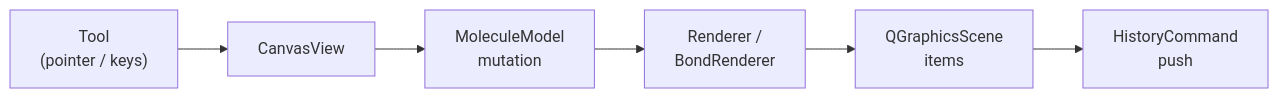
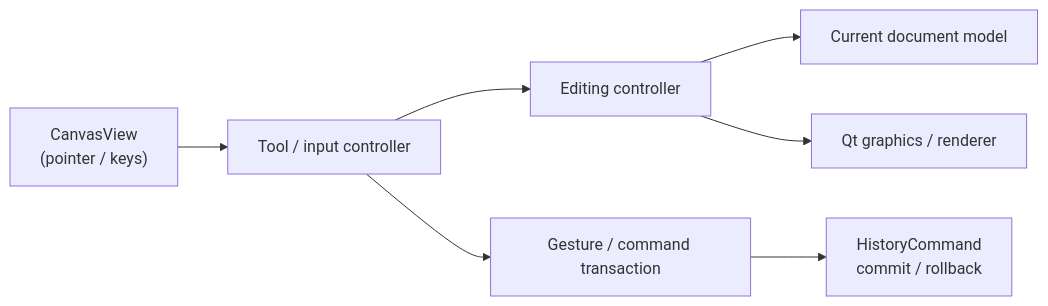
The fourth of 4 diagrams in docs/ARCHITECTURE.ko.md (dhsohn/Chemvas), drawn with Mermaid before and after one commit. The commit also changed other lines of this file and 289 other files, not shown here.

First line of the commit message:
Make document ownership independent of graphics (#461)

````diff
--- a/docs/ARCHITECTURE.ko.md
+++ b/docs/ARCHITECTURE.ko.md
@@ -72,4 +194,9 @@
 ```mermaid
 flowchart LR
-    tool["Tool<br/>(pointer / keys)"] --> view["CanvasView"] --> model["MoleculeModel<br/>mutation"] --> renderer["Renderer /<br/>BondRenderer"] --> scene["QGraphicsScene<br/>items"] --> history["HistoryCommand<br/>push"]
+    view["CanvasView<br/>(pointer / keys)"] --> tool["Tool / input controller"]
+    tool --> edit["Editing controller"]
+    edit --> model["Current document model"]
+    edit --> scene["Qt graphics / renderer"]
+    tool --> transaction["Gesture / command transaction"]
+    transaction --> history["HistoryCommand<br/>commit / rollback"]
 ```
````
